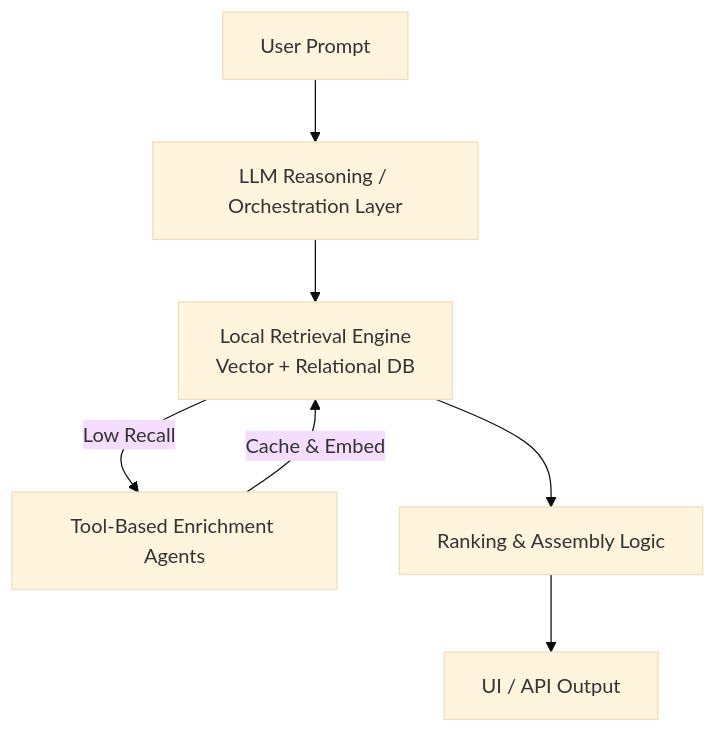
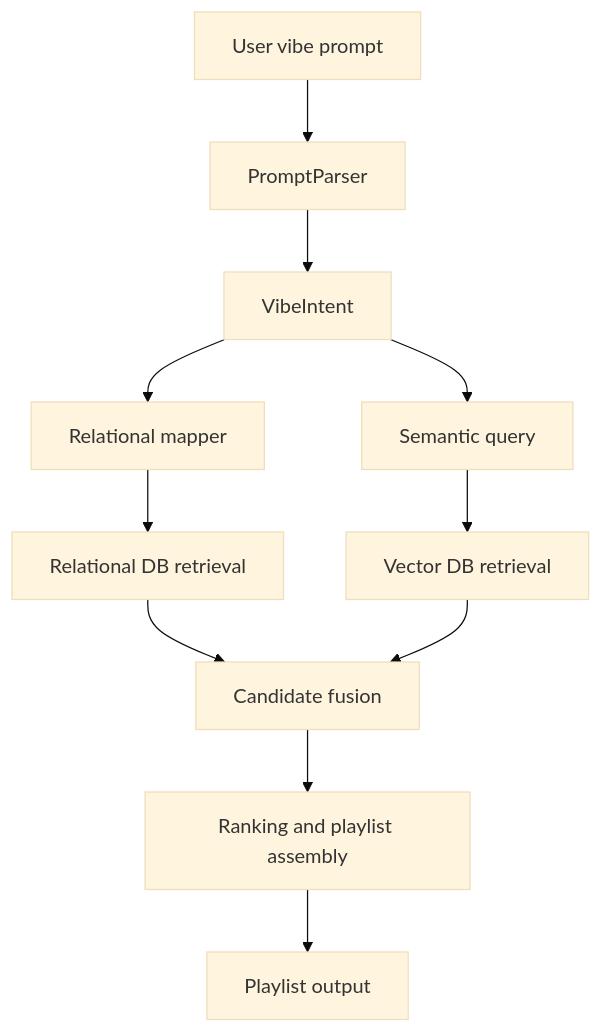
The first of 4 diagrams in README.md (EchoAgent-team/EchoAgent), drawn with Mermaid (base theme) before and after one commit. The commit also changed other lines of this file, not shown here.

````diff
--- a/README.md
+++ b/README.md
@@ -36,10 +19,13 @@
 ```mermaid
 flowchart TD
-    A[User Prompt] --> B[LLM Reasoning / Orchestration Layer]
-    B --> C[Local Retrieval Engine<br/>Vector + Relational DB]
-    C -->|Low Recall| D[Tool-Based Enrichment Agents]
-    D -->|Cache & Embed| C
-    C --> E[Ranking & Assembly Logic]
-    E --> F[UI / API Output]
-
+    A[User vibe prompt] --> B[PromptParser]
+    B --> C[VibeIntent]
+    C --> D[Relational mapper]
+    C --> E[Semantic query]
+    D --> F[Relational DB retrieval]
+    E --> G[Vector DB retrieval]
+    F --> H[Candidate fusion]
+    G --> H
+    H --> I[Ranking and playlist assembly]
+    I --> J[Playlist output]
 ```
````
